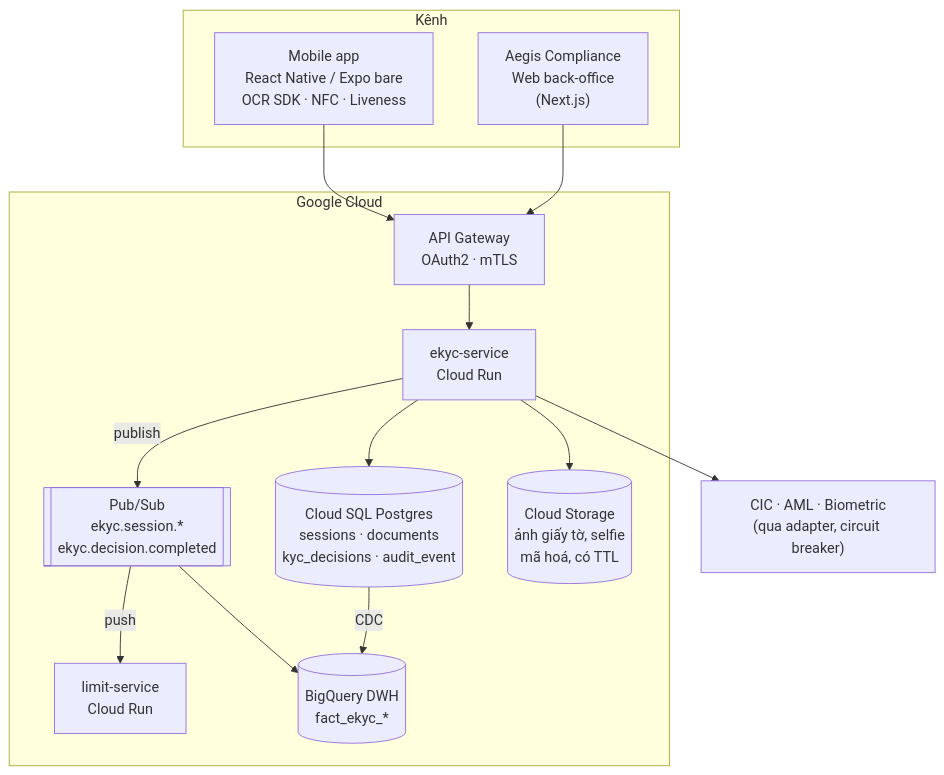
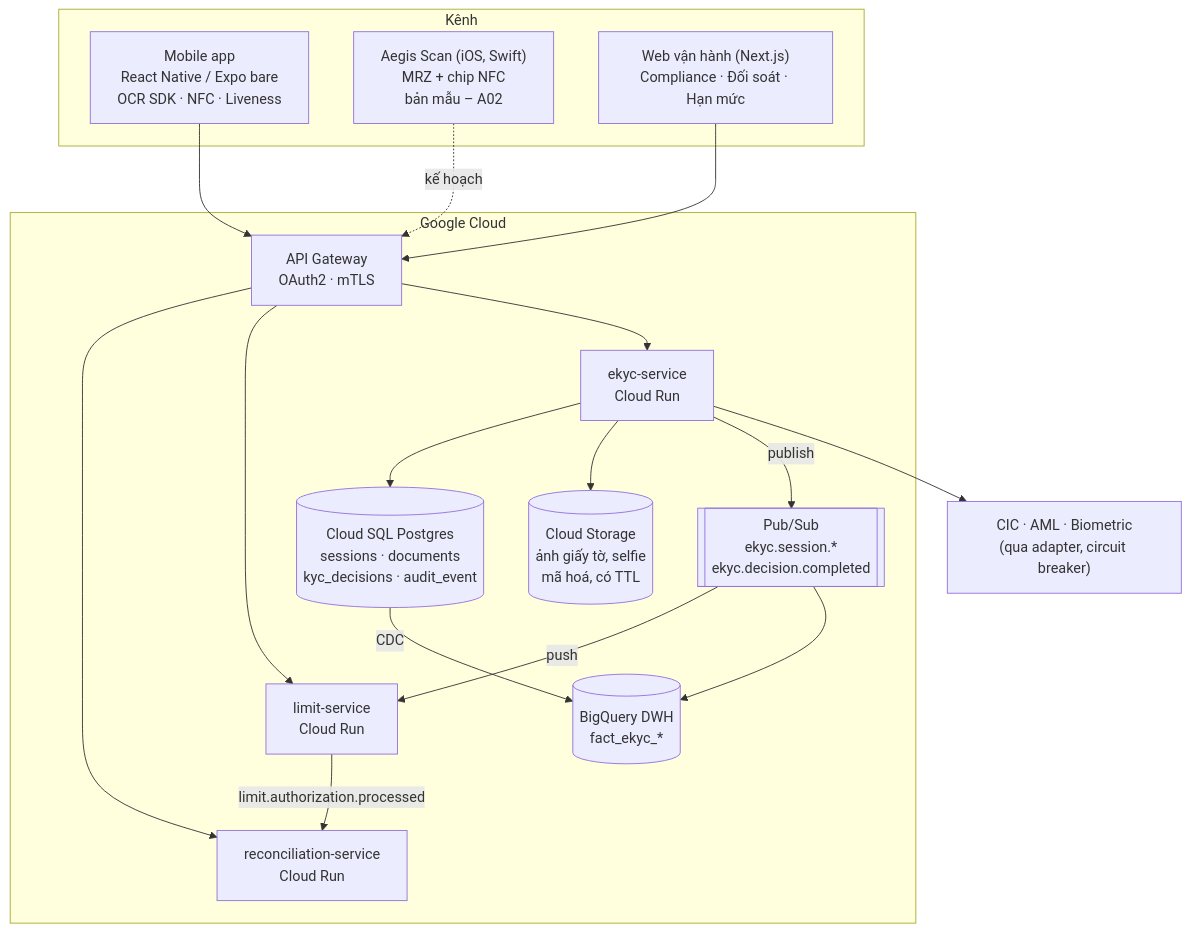
One commit to handao2303/aegis-ekyc-ui changed the second of 7 diagrams in docs/05-architecture/A01-solution-overview.md. Above: the diagram before and after it, drawn with Mermaid. The commit also changed other lines of this file and 5 other files, not shown here.

First line of the commit message:
docs: add Reconciliation, Credit Limit and iOS scan docs; sync A01

````diff
--- a/docs/05-architecture/A01-solution-overview.md
+++ b/docs/05-architecture/A01-solution-overview.md
@@ -36,28 +36,34 @@
 ```mermaid
 flowchart TB
     subgraph CLIENT["Kênh"]
         MOB["Mobile app<br/>React Native / Expo bare<br/>OCR SDK · NFC · Liveness"]
-        WEB["Aegis Compliance<br/>Web back-office<br/>(Next.js)"]
+        IOS["Aegis Scan (iOS, Swift)<br/>MRZ + chip NFC<br/>bản mẫu – A02"]
+        WEB["Web vận hành (Next.js)<br/>Compliance · Đối soát · Hạn mức"]
     end
 
     subgraph GCP["Google Cloud"]
         GW["API Gateway<br/>OAuth2 · mTLS"]
         EK["ekyc-service<br/>Cloud Run"]
         LIM["limit-service<br/>Cloud Run"]
+        REC["reconciliation-service<br/>Cloud Run"]
         PS[["Pub/Sub<br/>ekyc.session.*<br/>ekyc.decision.completed"]]
         DB[("Cloud SQL Postgres<br/>sessions · documents<br/>kyc_decisions · audit_event")]
         GCS[("Cloud Storage<br/>ảnh giấy tờ, selfie<br/>mã hoá, có TTL")]
         DWH[("BigQuery DWH<br/>fact_ekyc_*")]
     end
 
     MOB --> GW
+    IOS -. "kế hoạch" .-> GW
     WEB --> GW
+    GW --> REC
+    GW --> LIM
+    LIM -- "limit.authorization.processed" --> REC
     GW --> EK
     EK --> DB
     EK --> GCS
     EK -- "publish" --> PS
     PS -- "push" --> LIM
     PS --> DWH
     DB -- "CDC" --> DWH
     EK --> EXT["CIC · AML · Biometric<br/>(qua adapter, circuit breaker)"]
 ```
````
